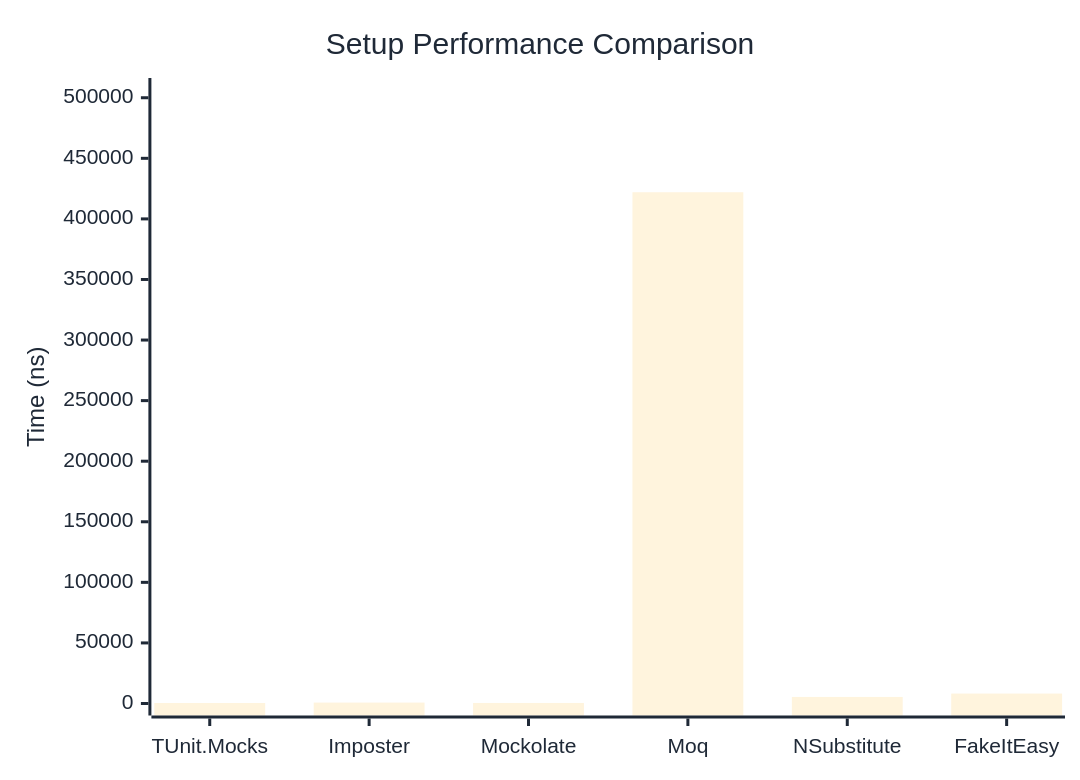
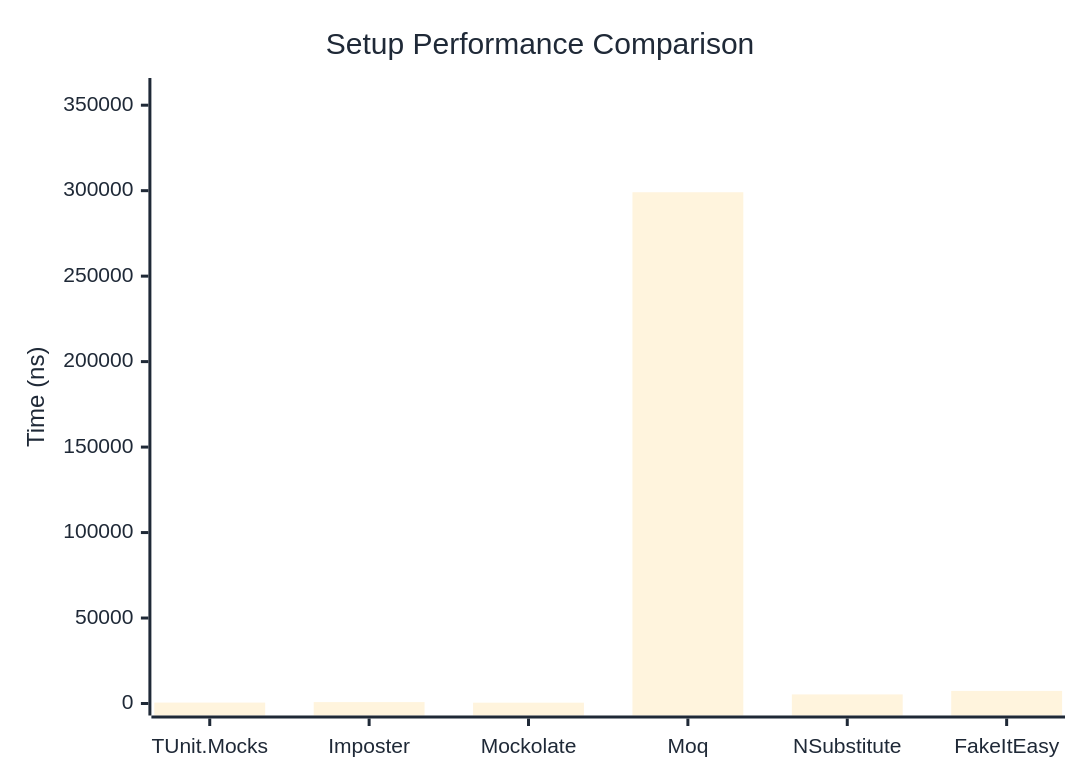
The first of 2 diagrams in docs/docs/benchmarks/mocks/Setup.md (thomhurst/TUnit), drawn with Mermaid before and after one commit. The commit also changed other lines of this file and 14 other files, not shown here.

````diff
--- a/docs/docs/benchmarks/mocks/Setup.md
+++ b/docs/docs/benchmarks/mocks/Setup.md
@@ -28,27 +28,27 @@
 ```mermaid
 %%{init: {
   'theme':'base',
   'themeVariables': {
     'primaryColor': '#2563eb',
     'primaryTextColor': '#1f2937',
     'primaryBorderColor': '#1e40af',
     'lineColor': '#6b7280',
     'secondaryColor': '#7c3aed',
     'tertiaryColor': '#dc2626',
     'background': '#ffffff',
     'pie1': '#2563eb',
     'pie2': '#7c3aed',
     'pie3': '#dc2626',
     'pie4': '#f59e0b',
     'pie5': '#10b981',
     'pie6': '#06b6d4',
     'pie7': '#ec4899',
     'pie8': '#6366f1'
   }
 }}%%
 xychart-beta
   title "Setup Performance Comparison"
   x-axis ["TUnit.Mocks", "Imposter", "Mockolate", "Moq", "NSubstitute", "FakeItEasy"]
-  y-axis "Time (ns)" 0 --> 506394
-  bar [421.8, 761.6, 447.6, 421994.9, 5419.8, 8191.7]
+  y-axis "Time (ns)" 0 --> 358891
+  bar [535.7, 823.6, 478.2, 299075.1, 5319.8, 7371]
 ```
````
